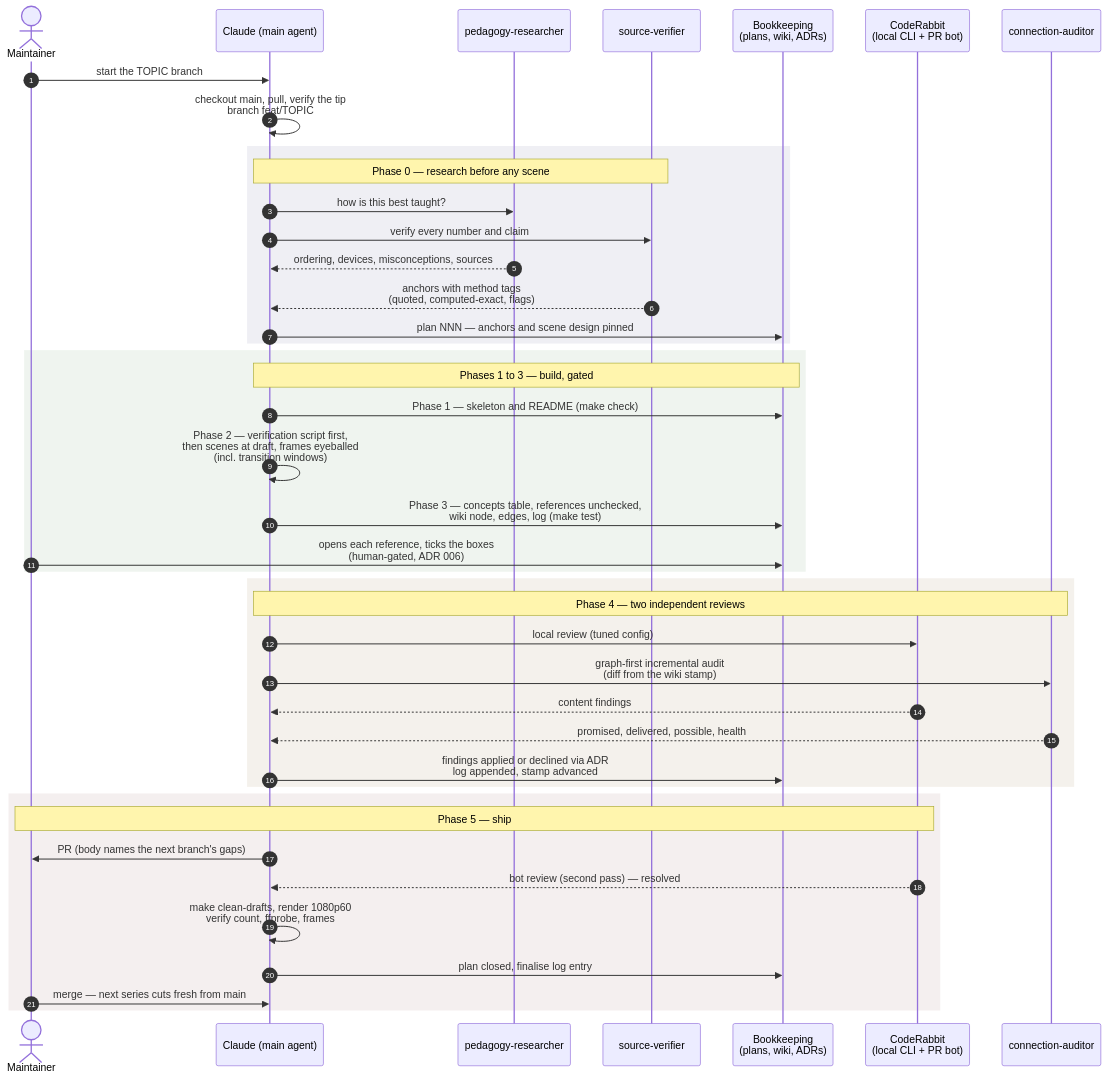
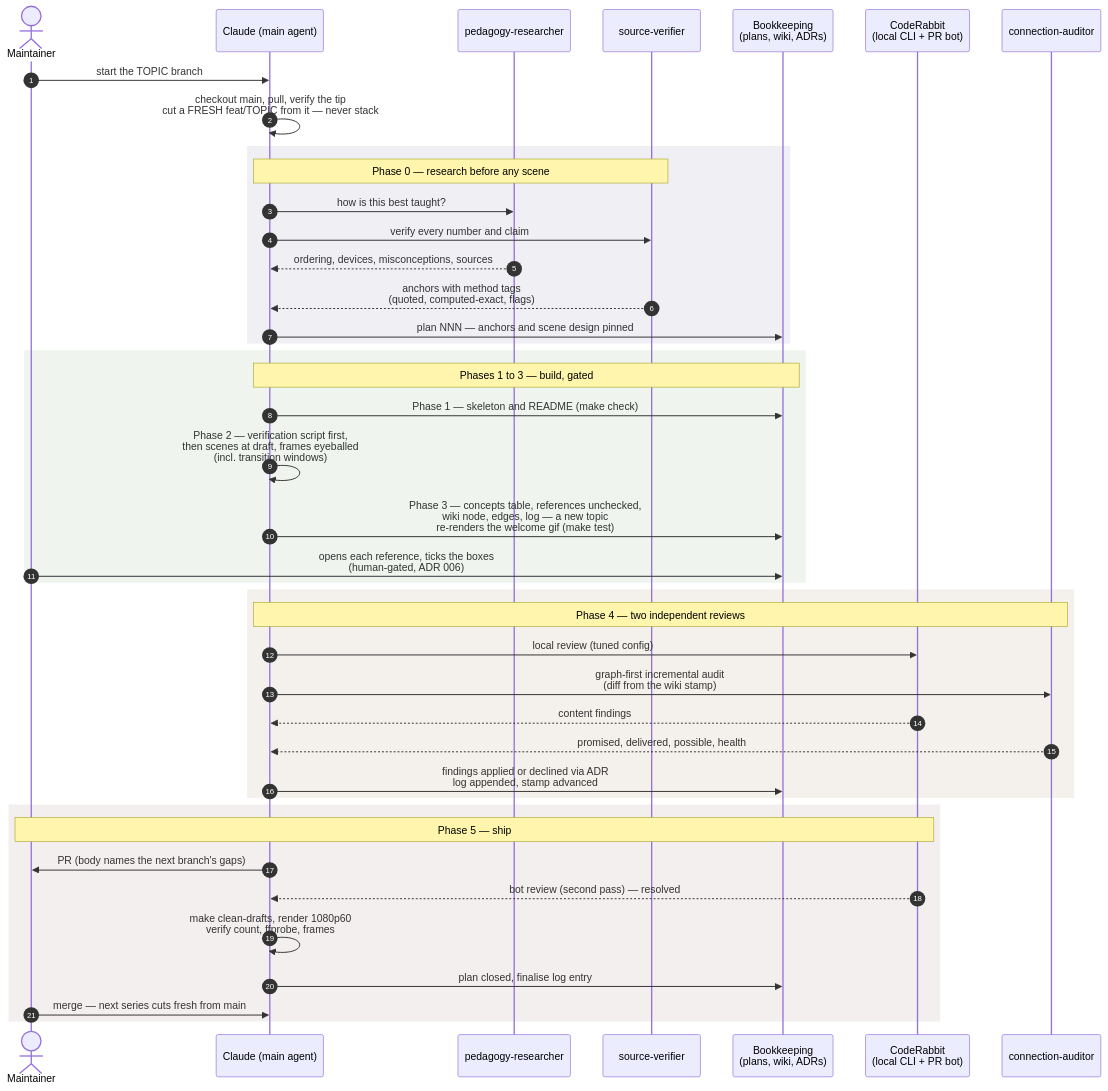
The diagram in docs/workflow.mmd (JohnYanez95/manim-concepts), drawn with Mermaid before and after one commit. The commit also changed 10 other files, not shown here.

```diff
--- a/docs/workflow.mmd
+++ b/docs/workflow.mmd
@@ -1,47 +1,47 @@
 sequenceDiagram
     autonumber
     actor M as Maintainer
     participant C as Claude (main agent)
     participant PR as pedagogy-researcher
     participant SV as source-verifier
     participant B as Bookkeeping<br/>(plans, wiki, ADRs)
     participant CR as CodeRabbit<br/>(local CLI + PR bot)
     participant CA as connection-auditor
 
     M->>C: start the TOPIC branch
-    C->>C: checkout main, pull, verify the tip<br/>branch feat/TOPIC
+    C->>C: checkout main, pull, verify the tip<br/>cut a FRESH feat/TOPIC from it — never stack
 
     rect rgba(120, 120, 160, 0.12)
         note over C, SV: Phase 0 — research before any scene
         C->>PR: how is this best taught?
         C->>SV: verify every number and claim
         PR-->>C: ordering, devices, misconceptions, sources
         SV-->>C: anchors with method tags<br/>(quoted, computed-exact, flags)
         C->>B: plan NNN — anchors and scene design pinned
     end
 
     rect rgba(120, 160, 120, 0.12)
         note over C, B: Phases 1 to 3 — build, gated
         C->>B: Phase 1 — skeleton and README (make check)
         C->>C: Phase 2 — verification script first,<br/>then scenes at draft, frames eyeballed<br/>(incl. transition windows)
-        C->>B: Phase 3 — concepts table, references unchecked,<br/>wiki node, edges, log (make test)
+        C->>B: Phase 3 — concepts table, references unchecked,<br/>wiki node, edges, log — a new topic<br/>re-renders the welcome gif (make test)
         M->>B: opens each reference, ticks the boxes<br/>(human-gated, ADR 006)
     end
 
     rect rgba(160, 140, 100, 0.12)
         note over C, CA: Phase 4 — two independent reviews
         C->>CR: local review (tuned config)
         C->>CA: graph-first incremental audit<br/>(diff from the wiki stamp)
         CR-->>C: content findings
         CA-->>C: promised, delivered, possible, health
         C->>B: findings applied or declined via ADR<br/>log appended, stamp advanced
     end
 
     rect rgba(160, 120, 120, 0.12)
         note over M, CR: Phase 5 — ship
         C->>M: PR (body names the next branch's gaps)
         CR-->>C: bot review (second pass) — resolved
         C->>C: make clean-drafts, render 1080p60<br/>verify count, ffprobe, frames
         C->>B: plan closed, finalise log entry
         M->>C: merge — next series cuts fresh from main
     end
```
